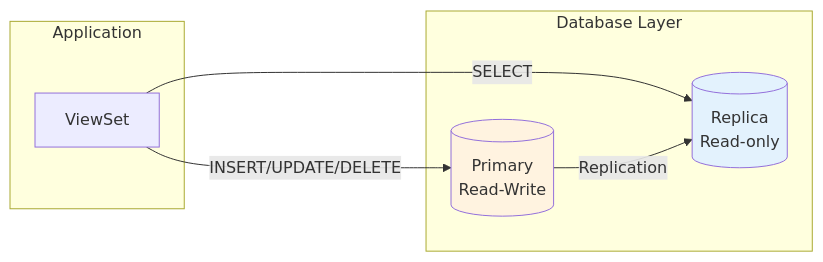
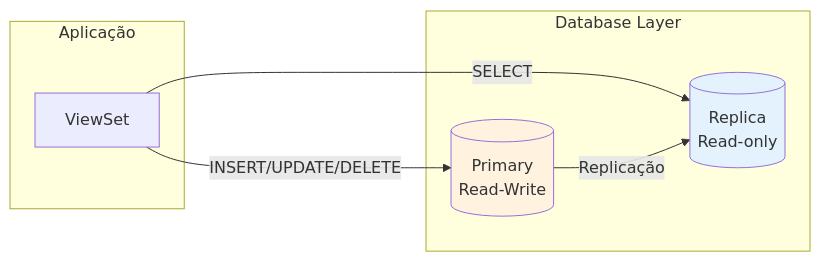
Before and after one commit to SorPuti/core-framework: the first of 2 diagrams in docs/21-replicas.md, drawn with Mermaid. The commit also changed other lines of this file and 22 other files, not shown here.

````diff
--- a/docs/21-replicas.md
+++ b/docs/21-replicas.md
@@ -7,15 +7,15 @@
 ```mermaid
 flowchart LR
-    subgraph App["Application"]
+    subgraph App["Aplicação"]
         VS[ViewSet]
     end
     
     subgraph "Database Layer"
         VS --> |SELECT| READ[(Replica<br/>Read-only)]
         VS --> |INSERT/UPDATE/DELETE| WRITE[(Primary<br/>Read-Write)]
-        WRITE --> |Replication| READ
+        WRITE --> |Replicação| READ
     end
     
     style READ fill:#e3f2fd
     style WRITE fill:#fff3e0
 ```
````
